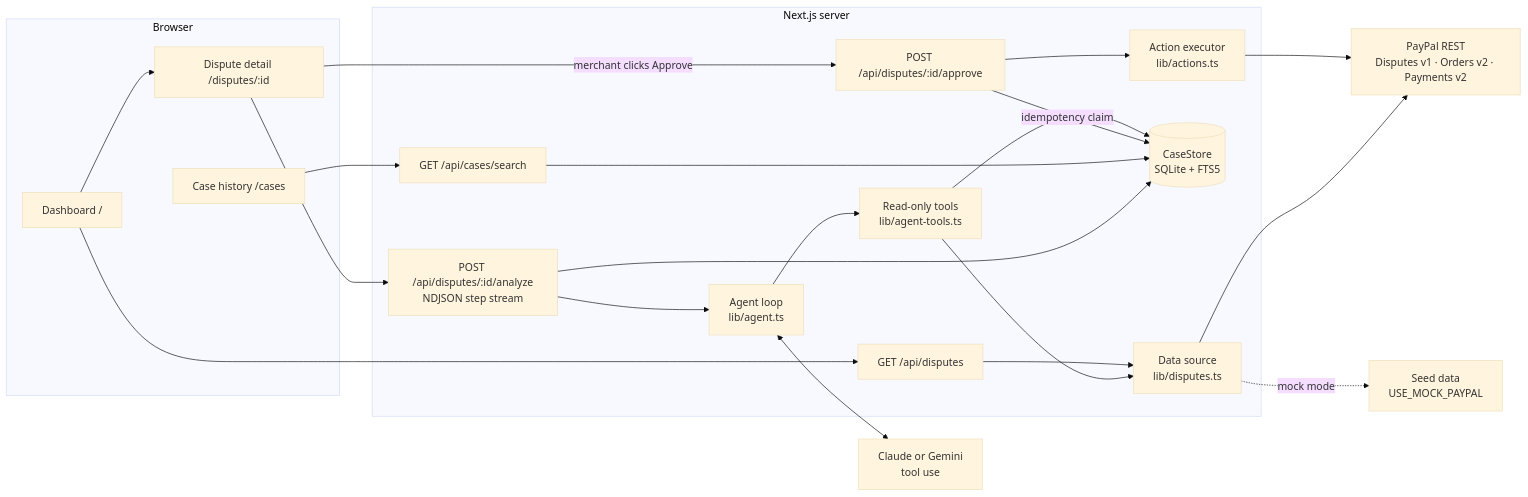
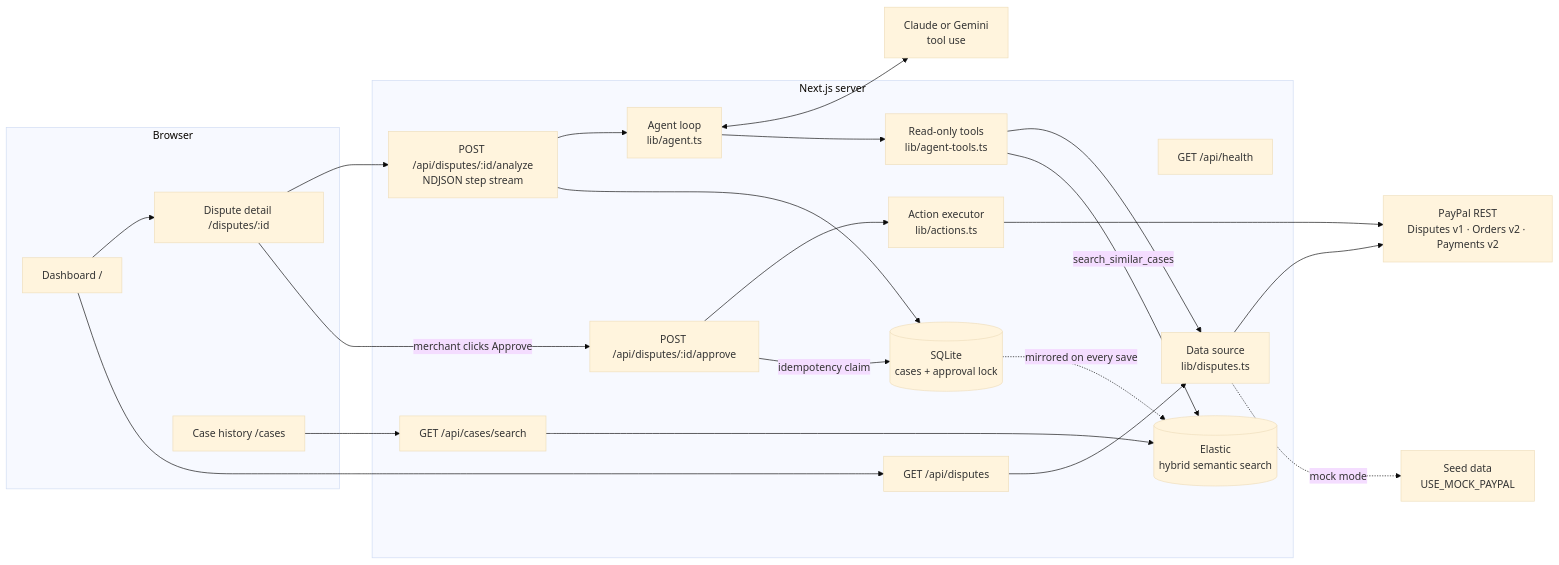
One commit to rahulcse129/DisputeDesk-PayPal-AI-Hackathon changed the diagram in README.md. Above: the diagram before and after it, drawn with Mermaid (base theme). The commit also changed other lines of this file and 30 other files, not shown here.

````diff
--- a/README.md
+++ b/README.md
@@ -110,35 +117,38 @@
 ```mermaid
 flowchart LR
   subgraph Browser
     D[Dashboard /] --> V[Dispute detail /disputes/:id]
     H[Case history /cases]
   end
 
   subgraph Next.js server
     A1[GET /api/disputes]
     A2[POST /api/disputes/:id/analyze<br/>NDJSON step stream]
     A3[POST /api/disputes/:id/approve]
     A4[GET /api/cases/search]
+    HC[GET /api/health]
     AG[Agent loop<br/>lib/agent.ts]
     T[Read-only tools<br/>lib/agent-tools.ts]
     X[Action executor<br/>lib/actions.ts]
-    S[(CaseStore<br/>SQLite + FTS5)]
+    S[(SQLite<br/>cases + approval lock)]
+    ES[(Elastic<br/>hybrid semantic search)]
     DS[Data source<br/>lib/disputes.ts]
   end
 
   C[Claude or Gemini<br/>tool use]
   PP[PayPal REST<br/>Disputes v1 · Orders v2 · Payments v2]
   M[Seed data<br/>USE_MOCK_PAYPAL]
 
   D --> A1 --> DS
   V --> A2 --> AG
   AG <--> C
   AG --> T --> DS
-  T --> S
   V -- merchant clicks Approve --> A3 --> X --> PP
   A3 -- idempotency claim --> S
-  H --> A4 --> S
+  H --> A4 --> ES
+  T -- search_similar_cases --> ES
+  S -. mirrored on every save .-> ES
   DS --> PP
   DS -.mock mode.-> M
   A2 --> S
 ```
````
